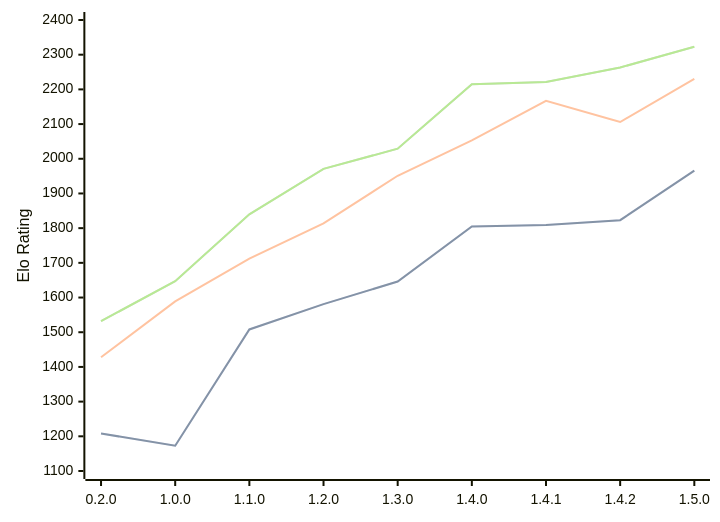
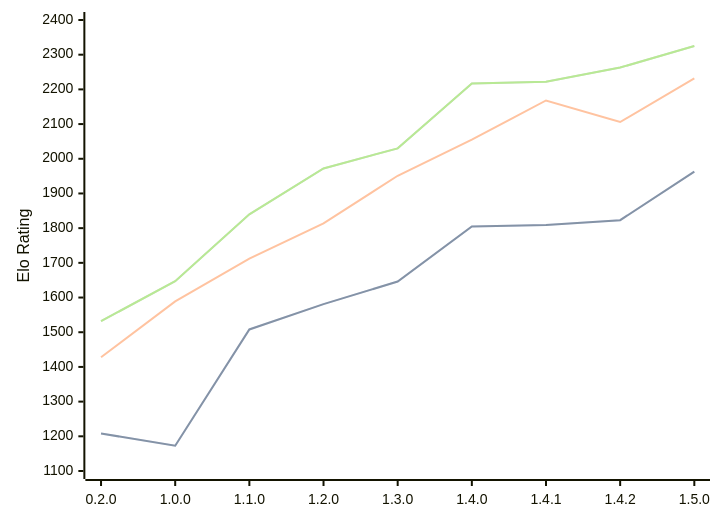
Before and after one commit to computer-chess-index/cci: the diagram in engines/Zeppelin.md, drawn with Mermaid. The commit also changed other lines of this file, not shown here.

Commit message:
Update CCI Ratings (ELO VLTC) - 2026-05-12

````diff
--- a/engines/Zeppelin.md
+++ b/engines/Zeppelin.md
@@ -41,11 +41,11 @@
 ```mermaid
 %%{init: {"theme":"base","themeVariables":{"seriesColors:['#a3a3a3','#222221','#faa371']}}}%%
 xychart-beta
   x-axis ["0.2.0", "1.0.0", "1.1.0", "1.2.0", "1.3.0", "1.4.0", "1.4.1", "1.4.2", "1.5.0"]
   y-axis "Elo Rating" 1100 --> 2400
-  line "STC (8.0+0.08s)" [1208, 1173, 1508, 1581, 1646, 1805, 1809, 1823, 1966]
-  line "STC (8.0+0.08s)" [1208, 1173, 1508, 1581, 1646, 1805, 1809, 1823, 1966]
-  line "LTC (60.0+0.60s)" [1428, 1589, 1712, 1814, 1951, 2053, 2167, 2106, 2230]
-  line "VLTC (2m24s+1.12s)" [1532, 1647, 1840, 1971, 2029, 2215, 2221, 2263, 2323]
-  line "VLTC (2m24s+1.12s)" [1532, 1647, 1840, 1971, 2029, 2215, 2221, 2263, 2323]
+  line "STC (8.0+0.08s)" [1208, 1173, 1508, 1581, 1646, 1805, 1809, 1823, 1963]
+  line "STC (8.0+0.08s)" [1208, 1173, 1508, 1581, 1646, 1805, 1809, 1823, 1963]
+  line "LTC (60.0+0.60s)" [1428, 1589, 1712, 1814, 1951, 2055, 2168, 2106, 2232]
+  line "VLTC (2m24s+1.12s)" [1532, 1647, 1840, 1972, 2030, 2217, 2222, 2263, 2325]
+  line "VLTC (2m24s+1.12s)" [1532, 1647, 1840, 1972, 2030, 2217, 2222, 2263, 2325]
 ```
````
